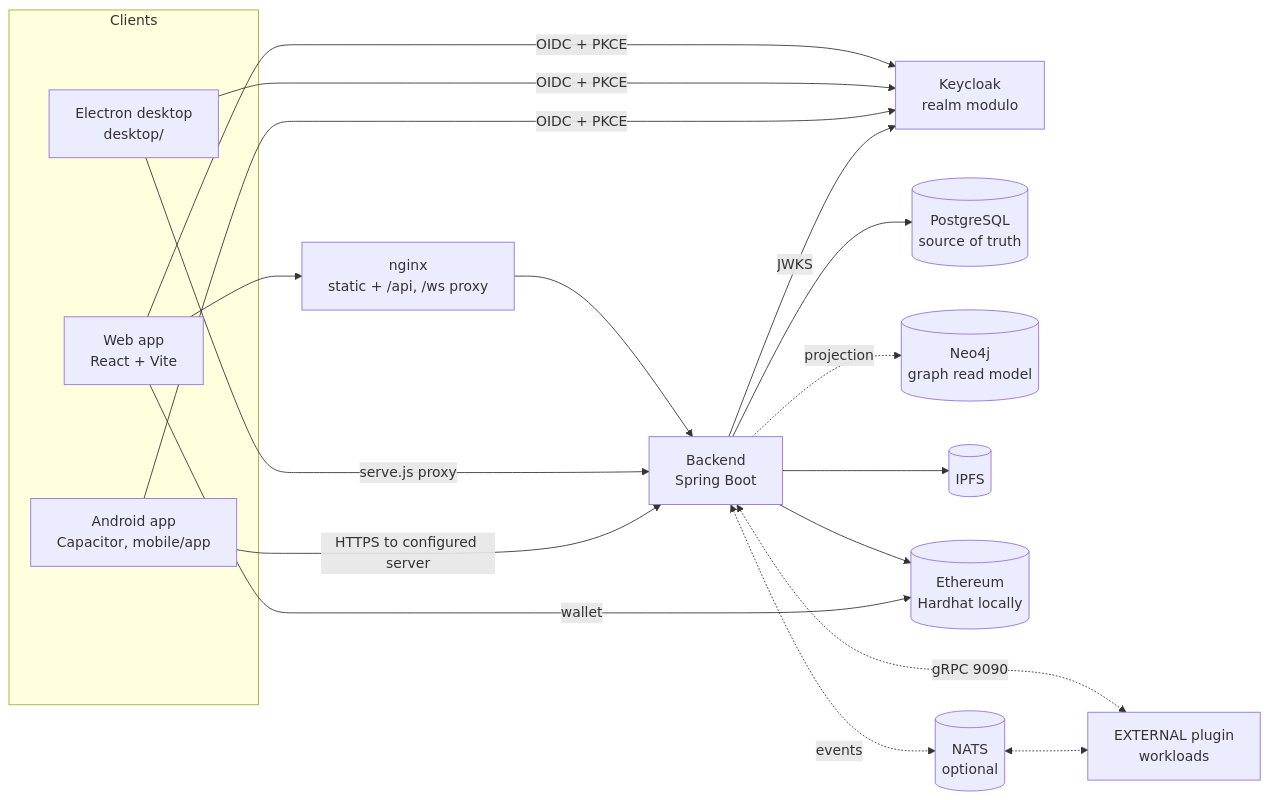
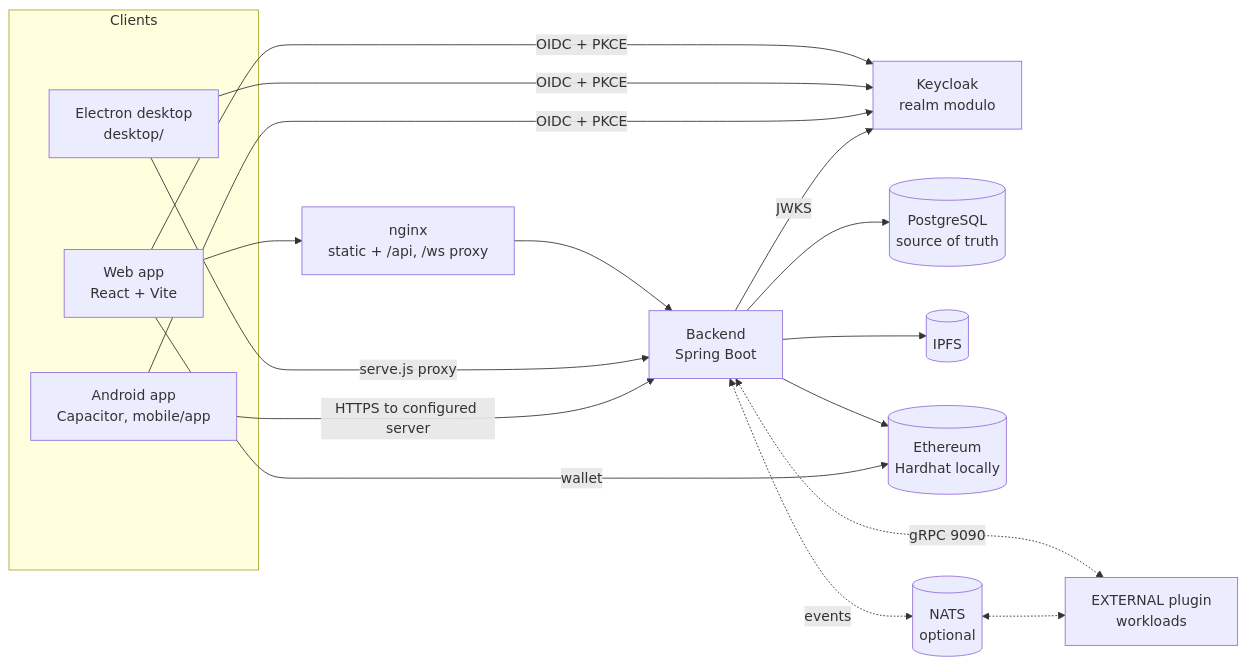
The diagram in docs/architecture/README.md (Ikey168/Modulo), drawn with Mermaid before and after one commit. The commit also changed other lines of this file and 65 other files, not shown here.

````diff
--- a/docs/architecture/README.md
+++ b/docs/architecture/README.md
@@ -22,30 +22,28 @@
 ```mermaid
 flowchart LR
   subgraph Clients
     web[Web app<br/>React + Vite]
     desk[Electron desktop<br/>desktop/]
     droid[Android app<br/>Capacitor, mobile/app]
   end
   nginx[nginx<br/>static + /api, /ws proxy]
   kc[Keycloak<br/>realm modulo]
   api[Backend<br/>Spring Boot]
   pg[(PostgreSQL<br/>source of truth)]
-  neo[(Neo4j<br/>graph read model)]
   ipfs[(IPFS)]
   eth[(Ethereum<br/>Hardhat locally)]
   nats[(NATS<br/>optional)]
   ext[EXTERNAL plugin<br/>workloads]
 
   web --> nginx --> api
   desk -->|serve.js proxy| api
   droid -->|HTTPS to configured server| api
   web & desk & droid -->|OIDC + PKCE| kc
   api -->|JWKS| kc
   api --> pg
-  api -.->|projection| neo
   api --> ipfs
   api --> eth
   web -->|wallet| eth
   api <-.->|gRPC 9090| ext
   api <-.->|events| nats <-.-> ext
 ```
````
